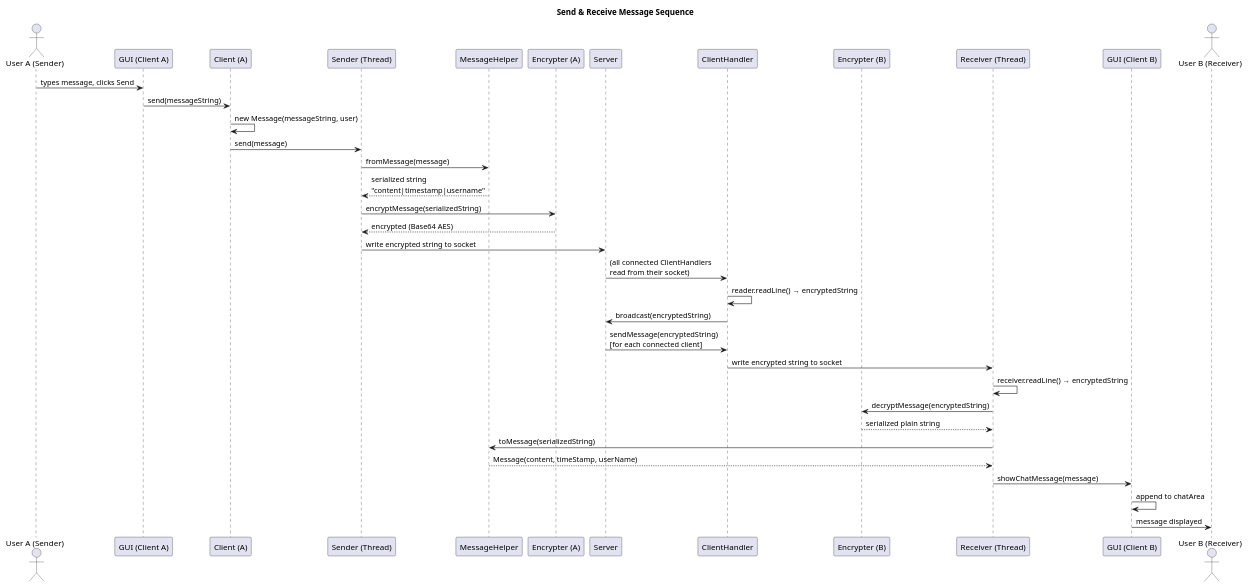
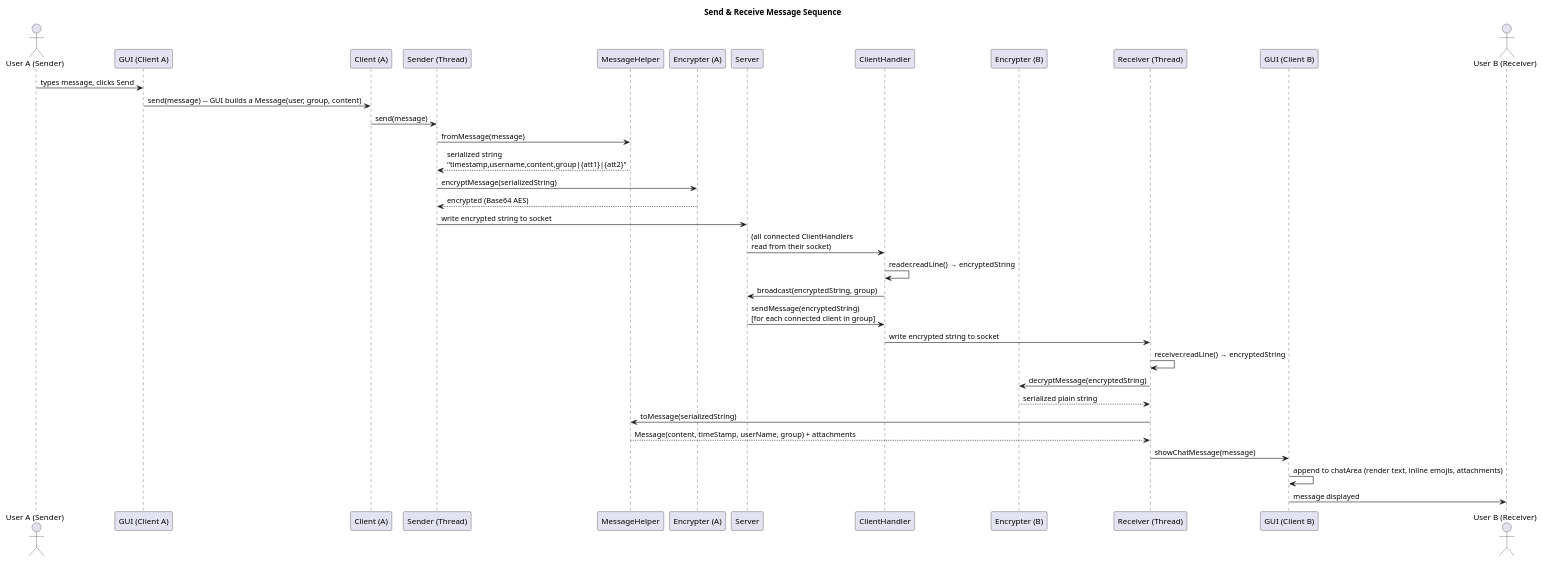
Before and after one commit to phajj/CSC2620_Hajj_Higgins_Palmer: the diagram in docs/UML/message_sequence.puml, drawn with PlantUML. The commit also changed 10 other files, not shown here.

```diff
--- a/docs/UML/message_sequence.puml
+++ b/docs/UML/message_sequence.puml
@@ -1,46 +1,45 @@
 @startuml MessageSequence
 
 title Send & Receive Message Sequence
 
 actor Sender_User as "User A (Sender)"
 participant GUI_A as "GUI (Client A)"
 participant Client_A as "Client (A)"
 participant Sender as "Sender (Thread)"
 participant MessageHelper
 participant Encrypter_A as "Encrypter (A)"
 participant Server
 participant ClientHandler
 participant Encrypter_B as "Encrypter (B)"
 participant Receiver as "Receiver (Thread)"
 participant GUI_B as "GUI (Client B)"
 actor Receiver_User as "User B (Receiver)"
 
 ' ── SEND PATH ─────────────────────────────────────────────
 Sender_User -> GUI_A : types message, clicks Send
-GUI_A -> Client_A : send(messageString)
-Client_A -> Client_A : new Message(messageString, user)
+GUI_A -> Client_A : send(message)  -- GUI builds a Message(user, group, content)
 Client_A -> Sender : send(message)
 Sender -> MessageHelper : fromMessage(message)
-MessageHelper --> Sender : serialized string\n"content|timestamp|username"
+MessageHelper --> Sender : serialized string\n"timestamp,username,content,group|{att1}|{att2}"
 Sender -> Encrypter_A : encryptMessage(serializedString)
 Encrypter_A --> Sender : encrypted (Base64 AES)
 Sender -> Server : write encrypted string to socket
 
 ' ── SERVER BROADCAST ──────────────────────────────────────
 Server -> ClientHandler : (all connected ClientHandlers\nread from their socket)
 ClientHandler -> ClientHandler : reader.readLine() → encryptedString
-ClientHandler -> Server : broadcast(encryptedString)
-Server -> ClientHandler : sendMessage(encryptedString)\n[for each connected client]
+ClientHandler -> Server : broadcast(encryptedString, group)
+Server -> ClientHandler : sendMessage(encryptedString)\n[for each connected client in group]
 ClientHandler -> Receiver : write encrypted string to socket
 
 ' ── RECEIVE PATH ──────────────────────────────────────────
 Receiver -> Receiver : receiver.readLine() → encryptedString
 Receiver -> Encrypter_B : decryptMessage(encryptedString)
 Encrypter_B --> Receiver : serialized plain string
 Receiver -> MessageHelper : toMessage(serializedString)
-MessageHelper --> Receiver : Message(content, timeStamp, userName)
+MessageHelper --> Receiver : Message(content, timeStamp, userName, group) + attachments
 Receiver -> GUI_B : showChatMessage(message)
-GUI_B -> GUI_B : append to chatArea
+GUI_B -> GUI_B : append to chatArea (render text, inline emojis, attachments)
 GUI_B -> Receiver_User : message displayed
 
 @enduml
```
